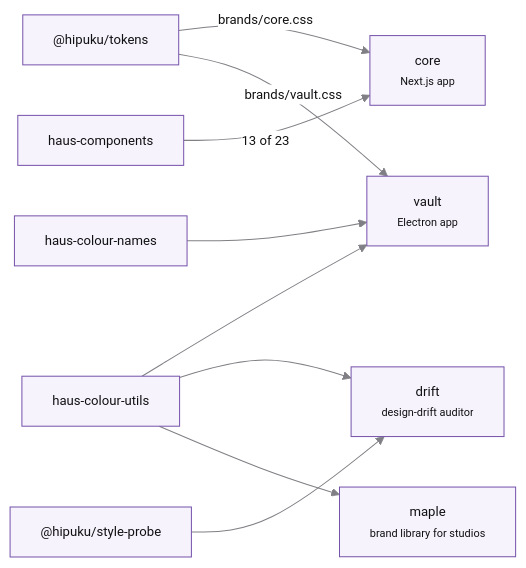
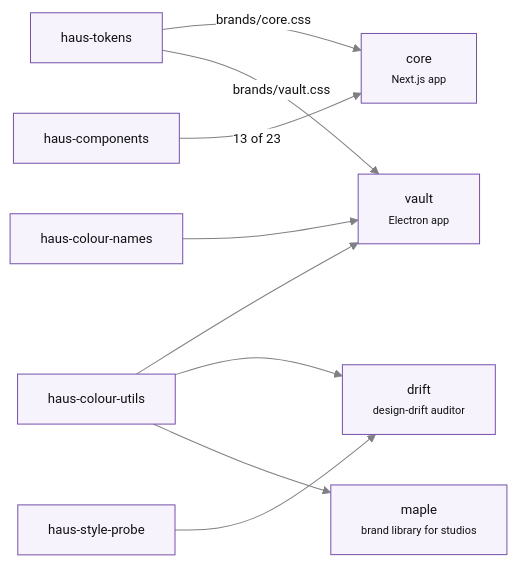
The second of 4 diagrams in ARCHITECTURE.md (hipuku/haus), drawn with Mermaid before and after one commit.

Commit message:
docs: every node in the consumer diagram is an installed name
The note under it says the diagram names what products install, so tokens and
style-probe cannot keep the names the workspace publishes while the colour
nodes use the installed ones. All five are installed names now, and the table
and the deprecation paragraph carry the published ones.

````diff
--- a/ARCHITECTURE.md
+++ b/ARCHITECTURE.md
@@ -83,23 +83,23 @@
 ```mermaid
 %%{init: {'theme':'base','themeVariables':{'primaryColor':'#f6f3fc','primaryBorderColor':'#7653ab','primaryTextColor':'#111113','lineColor':'#807f85','secondaryColor':'#f5f4f9','tertiaryColor':'#ffffff','fontFamily':'Manrope, ui-sans-serif, system-ui','fontSize':'13px','clusterBkg':'#fcfbfe','clusterBorder':'#e7e7ed','titleColor':'#442a68','edgeLabelBackground':'#ffffff'},'themeCSS':'background-color:#ffffff;border-radius:8px;'}}%%
 flowchart LR
-    T["@hipuku/tokens"]
+    T["haus-tokens"]
     C["haus-components"]
     U["haus-colour-utils"]
     N["haus-colour-names"]
-    P["@hipuku/style-probe"]
+    P["haus-style-probe"]
 
     CORE["core<br/><small>Next.js app</small>"]
     VAULT["vault<br/><small>Electron app</small>"]
     DRIFT["drift<br/><small>design-drift auditor</small>"]
     MAPLE["maple<br/><small>brand library for studios</small>"]
 
     T -- "brands/core.css" --> CORE
     C -- "13 of 23" --> CORE
     T -- "brands/vault.css" --> VAULT
     U --> VAULT
     N --> VAULT
     U --> DRIFT
     P --> DRIFT
     U --> MAPLE
 ```
````
